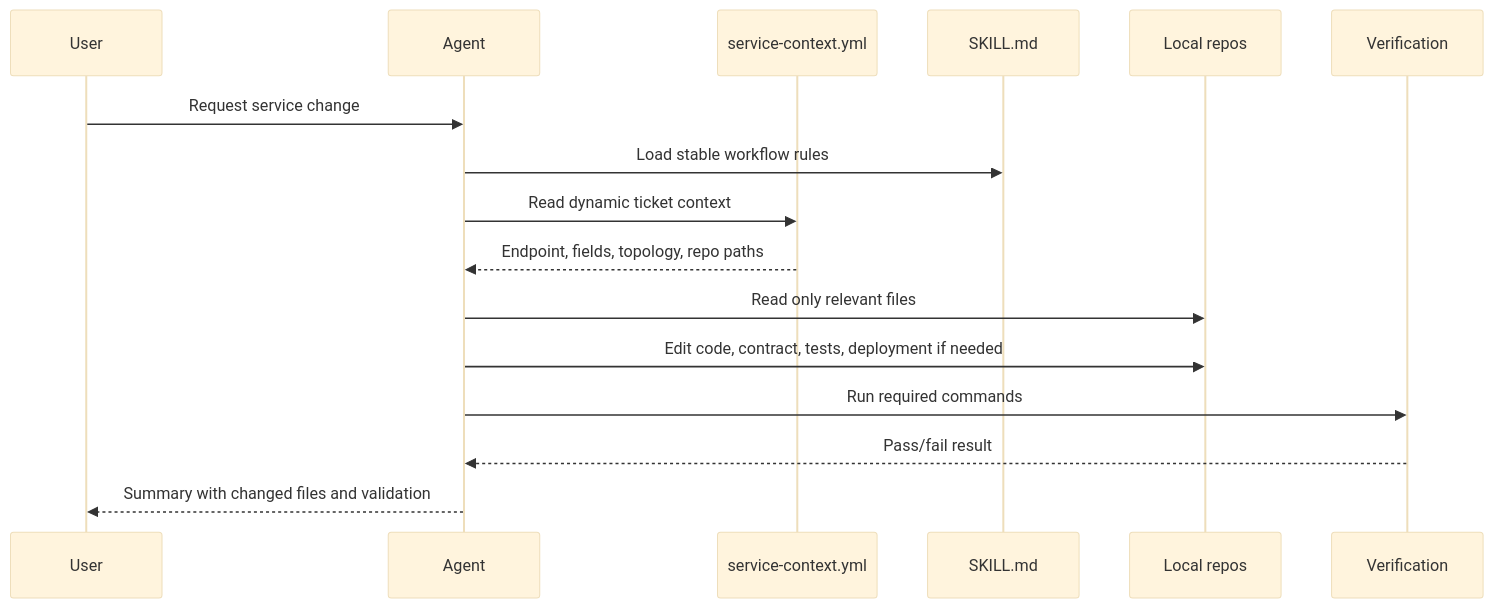
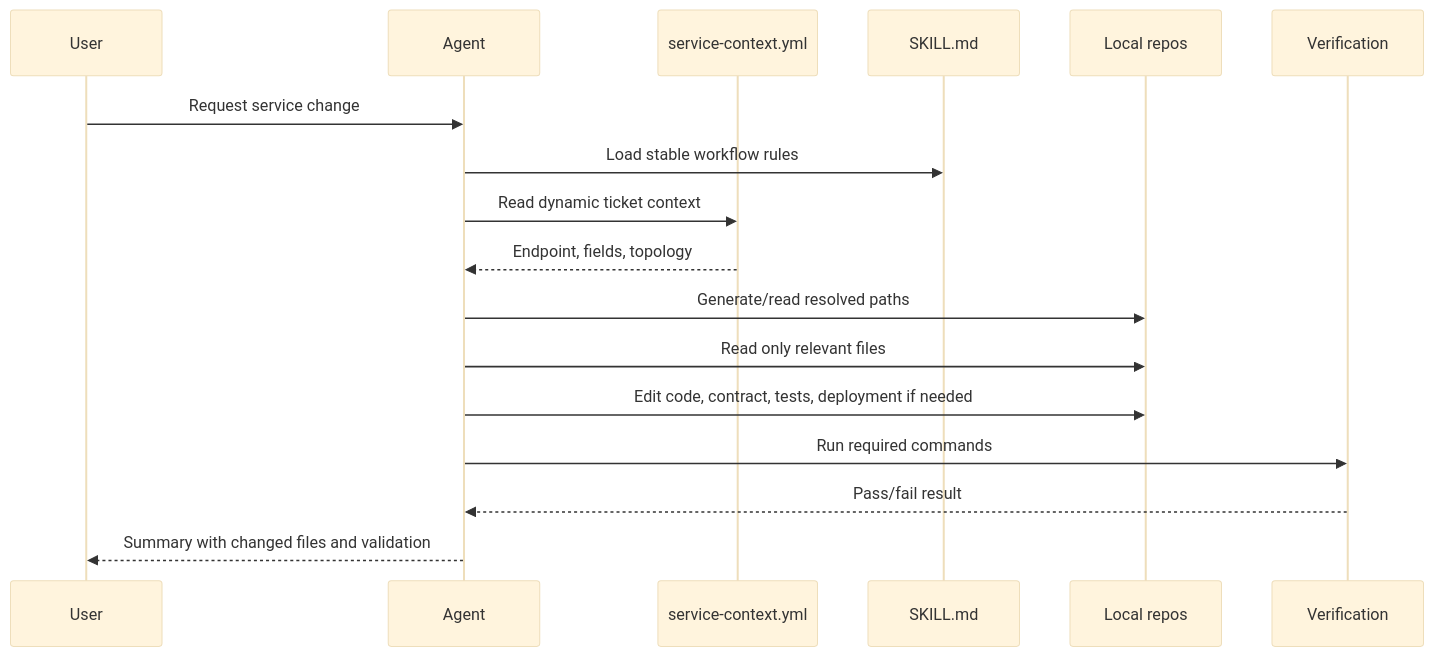
Before and after one commit to balajiregt/agentic-workspace: the fourth of 4 diagrams in docs/agentic-workflow-diagrams.md, drawn with Mermaid (base theme). The commit also changed other lines of this file and 18 other files, not shown here.

````diff
--- a/docs/agentic-workflow-diagrams.md
+++ b/docs/agentic-workflow-diagrams.md
@@ -65,19 +65,20 @@
 ```mermaid
 sequenceDiagram
   participant User
   participant Agent
   participant YAML as service-context.yml
   participant Skill as SKILL.md
   participant Repo as Local repos
   participant Tests as Verification
 
   User->>Agent: Request service change
   Agent->>Skill: Load stable workflow rules
   Agent->>YAML: Read dynamic ticket context
-  YAML-->>Agent: Endpoint, fields, topology, repo paths
+  YAML-->>Agent: Endpoint, fields, topology
+  Agent->>Repo: Generate/read resolved paths
   Agent->>Repo: Read only relevant files
   Agent->>Repo: Edit code, contract, tests, deployment if needed
   Agent->>Tests: Run required commands
   Tests-->>Agent: Pass/fail result
   Agent-->>User: Summary with changed files and validation
 ```
````
